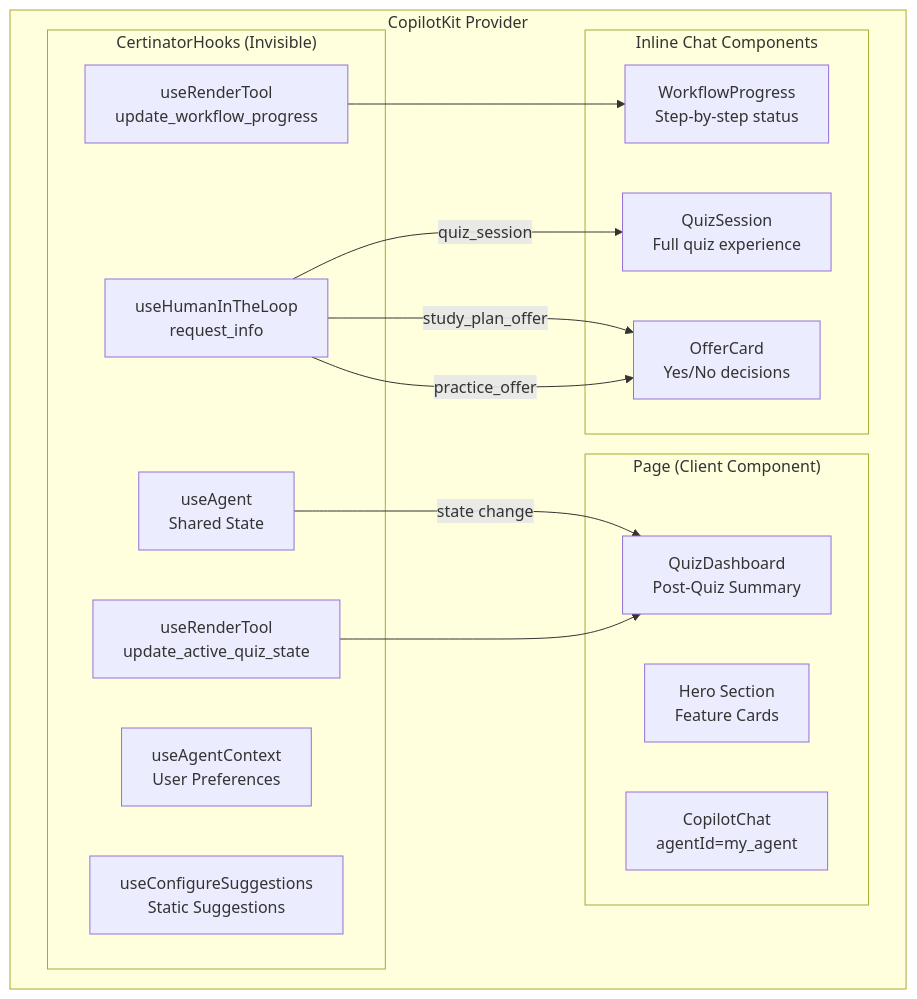
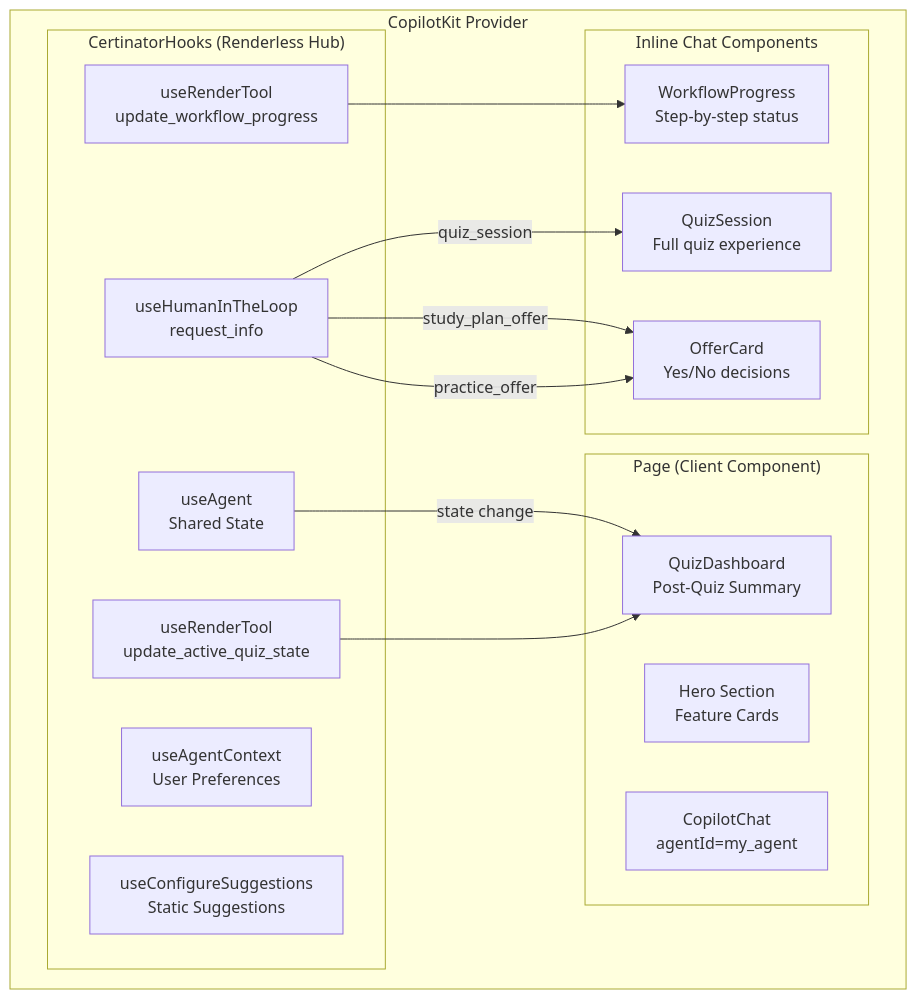
One commit to fernandosalomao/certinator-ai changed the fifth of 14 diagrams in ARCHITECTURE.md. Above: the diagram before and after it, drawn with Mermaid. The commit also changed other lines of this file, not shown here.

Commit message:
Updated Architecture Doc

````diff
--- a/ARCHITECTURE.md
+++ b/ARCHITECTURE.md
@@ -356,32 +380,32 @@
 ```mermaid
 graph TD
     subgraph "CopilotKit Provider"
         subgraph "Page (Client Component)"
             HERO[Hero Section<br/>Feature Cards]
             DASHBOARD[QuizDashboard<br/>Post-Quiz Summary]
             CHAT[CopilotChat<br/>agentId=my_agent]
         end
 
-        subgraph "CertinatorHooks (Invisible)"
+        subgraph "CertinatorHooks (Renderless Hub)"
             AGENT_HOOK[useAgent<br/>Shared State]
             HITL_HOOK[useHumanInTheLoop<br/>request_info]
             RENDER_WP[useRenderTool<br/>update_workflow_progress]
             RENDER_QS[useRenderTool<br/>update_active_quiz_state]
             CTX_HOOK[useAgentContext<br/>User Preferences]
             SUG_HOOK[useConfigureSuggestions<br/>Static Suggestions]
         end
 
         subgraph "Inline Chat Components"
             WP[WorkflowProgress<br/>Step-by-step status]
             QS[QuizSession<br/>Full quiz experience]
             OC[OfferCard<br/>Yes/No decisions]
         end
     end
 
     AGENT_HOOK -->|state change| DASHBOARD
     HITL_HOOK -->|quiz_session| QS
     HITL_HOOK -->|study_plan_offer| OC
     HITL_HOOK -->|practice_offer| OC
     RENDER_WP --> WP
     RENDER_QS --> DASHBOARD
 ```
````
